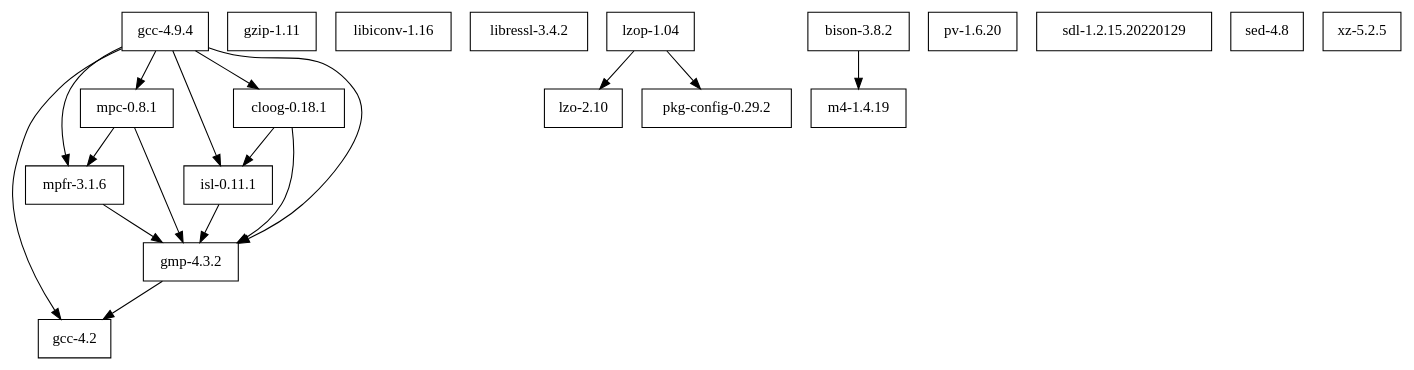
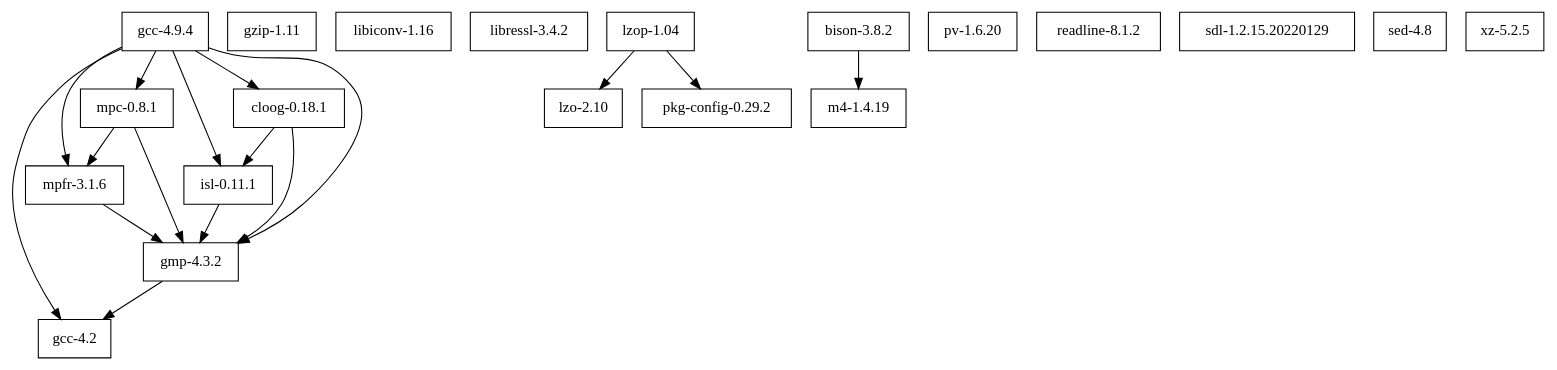
The diagram in tigersh/deps/dependencies.dot (cellularmitosis/leopard.sh), drawn with Graphviz before and after one commit. The commit also changed 15 other files, not shown here.

```diff
--- a/tigersh/deps/dependencies.dot
+++ b/tigersh/deps/dependencies.dot
@@ -1,37 +1,38 @@
 digraph mygraph {
 node [shape=box];
 
 "gcc-4.2"
 "gzip-1.11"
 "libiconv-1.16"
 "libressl-3.4.2"
 "lzo-2.10"
 "m4-1.4.19"
 "pkg-config-0.29.2"
 "pv-1.6.20"
+"readline-8.1.2"
 "sdl-1.2.15.20220129"
 "sed-4.8"
 "xz-5.2.5"
 
 "bison-3.8.2" -> "m4-1.4.19"
 "gmp-4.3.2" -> "gcc-4.2"
 "lzop-1.04" -> "pkg-config-0.29.2"
 "lzop-1.04" -> "lzo-2.10"
 
 "mpfr-3.1.6" -> "gmp-4.3.2"
 "isl-0.11.1" -> "gmp-4.3.2"
 
 "mpc-0.8.1" -> "gmp-4.3.2"
 "mpc-0.8.1" -> "mpfr-3.1.6"
 
 "cloog-0.18.1" -> "gmp-4.3.2"
 "cloog-0.18.1" -> "isl-0.11.1"
 
 "gcc-4.9.4" -> "gcc-4.2"
 "gcc-4.9.4" -> "gmp-4.3.2"
 "gcc-4.9.4" -> "mpfr-3.1.6"
 "gcc-4.9.4" -> "mpc-0.8.1"
 "gcc-4.9.4" -> "isl-0.11.1"
 "gcc-4.9.4" -> "cloog-0.18.1"
 
 }
```
